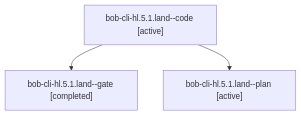
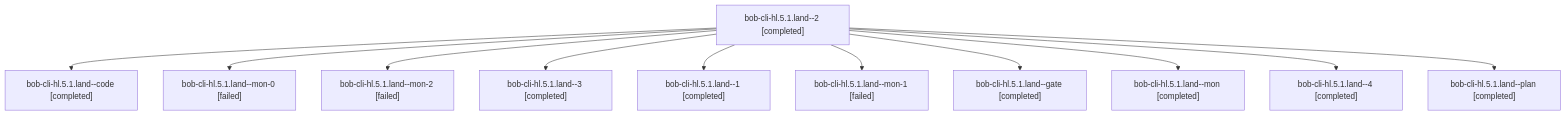
Before and after one commit to bobs-org/bob-cli--agents: the diagram in sessions/bbugyi200.athena.bob-cli-hl.5.1.land.md, drawn with Mermaid. The commit also changed other lines of this file and 134 other files, not shown here.

````diff
--- a/sessions/bbugyi200.athena.bob-cli-hl.5.1.land.md
+++ b/sessions/bbugyi200.athena.bob-cli-hl.5.1.land.md
@@ -9,8 +9,24 @@
 ```mermaid
 flowchart TD
-  n0["bob-cli-hl.5.1.land--code [active]"]
-  n1["bob-cli-hl.5.1.land--gate [completed]"]
+  n0["bob-cli-hl.5.1.land--2 [completed]"]
+  n1["bob-cli-hl.5.1.land--code [completed]"]
   n0 --> n1
-  n2["bob-cli-hl.5.1.land--plan [active]"]
+  n2["bob-cli-hl.5.1.land--mon-0 [failed]"]
   n0 --> n2
+  n3["bob-cli-hl.5.1.land--mon-2 [failed]"]
+  n0 --> n3
+  n4["bob-cli-hl.5.1.land--3 [completed]"]
+  n0 --> n4
+  n5["bob-cli-hl.5.1.land--1 [completed]"]
+  n0 --> n5
+  n6["bob-cli-hl.5.1.land--mon-1 [failed]"]
+  n0 --> n6
+  n7["bob-cli-hl.5.1.land--gate [completed]"]
+  n0 --> n7
+  n8["bob-cli-hl.5.1.land--mon [completed]"]
+  n0 --> n8
+  n9["bob-cli-hl.5.1.land--4 [completed]"]
+  n0 --> n9
+  n10["bob-cli-hl.5.1.land--plan [completed]"]
+  n0 --> n10
 ```
````
